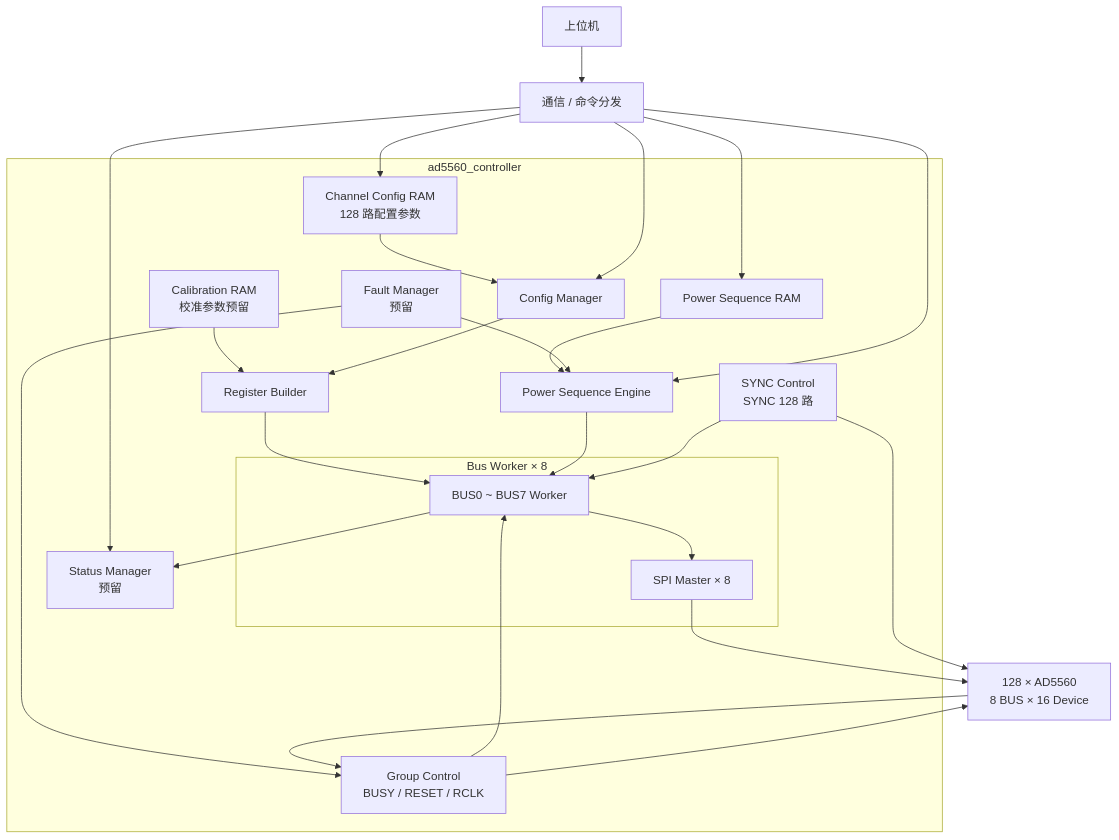
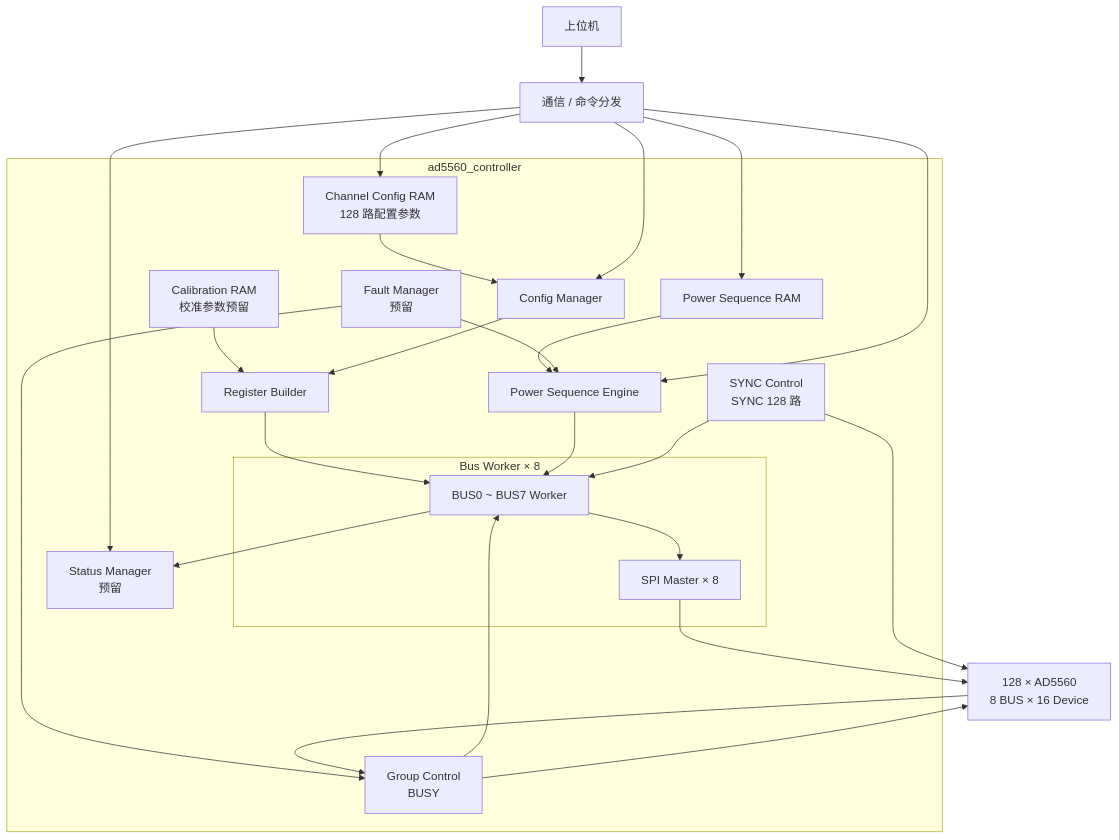
Before and after one commit to hhanghhhhh/hbm_proj: the diagram in AD5560/SYSTEM_ARCHITECTURE.md, drawn with Mermaid. The commit also changed other lines of this file, not shown here.

````diff
--- a/AD5560/SYSTEM_ARCHITECTURE.md
+++ b/AD5560/SYSTEM_ARCHITECTURE.md
@@ -76,55 +76,55 @@
 ```mermaid
 flowchart TB
     PC[上位机]
     COMM[通信 / 命令分发]
 
     subgraph CTRL[ad5560_controller]
         CRAM[Channel Config RAM\n128 路配置参数]
         CALRAM[Calibration RAM\n校准参数预留]
         CM[Config Manager]
         RB[Register Builder]
 
         PSRAM[Power Sequence RAM]
         PSE[Power Sequence Engine]
 
-        GC[Group Control\nBUSY / RESET / RCLK]
+        GC[Group Control\nBUSY]
         SC[SYNC Control\nSYNC 128 路]
         FM[Fault Manager\n预留]
         SM[Status Manager\n预留]
 
         subgraph BUS[Bus Worker × 8]
             BW[BUS0 ~ BUS7 Worker]
             SPI[SPI Master × 8]
             BW --> SPI
         end
 
         CRAM --> CM
         CALRAM --> RB
         CM --> RB
         RB --> BW
 
         PSRAM --> PSE
         PSE --> BW
 
         GC --> BW
         SC --> BW
 
         BW --> SM
         FM --> PSE
         FM --> GC
     end
 
     DEV[128 × AD5560\n8 BUS × 16 Device]
 
     PC --> COMM
     COMM --> CRAM
     COMM --> CM
     COMM --> PSRAM
     COMM --> PSE
     COMM --> SM
 
     SPI --> DEV
     SC --> DEV
     GC --> DEV
     DEV --> GC
 ```
````
